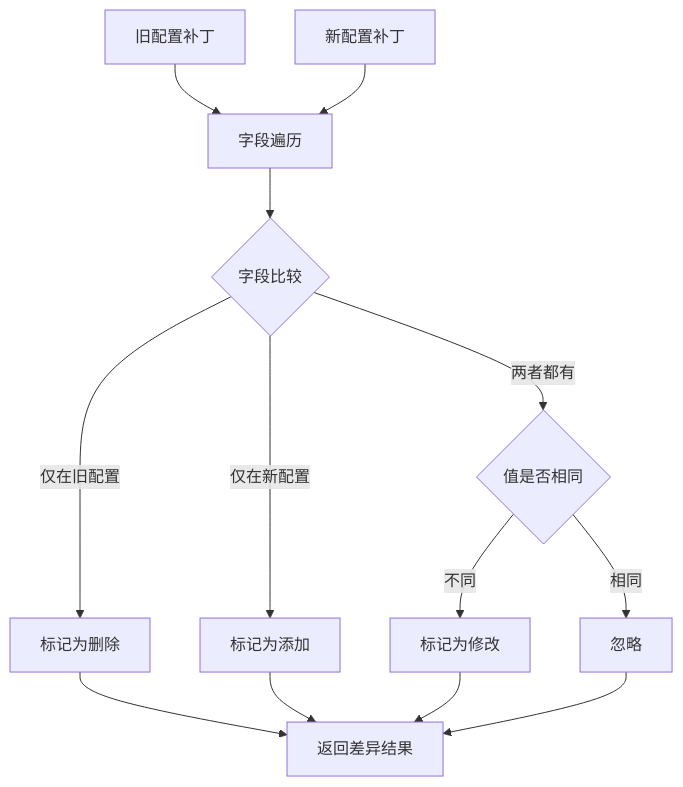
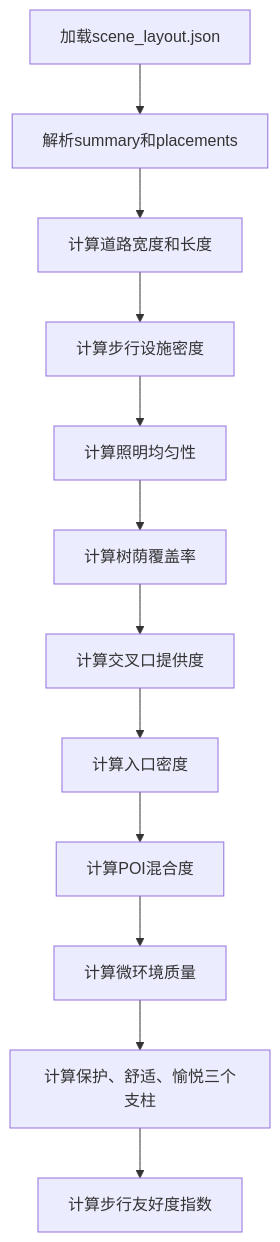
The seventh of 17 diagrams in .qoder/repowiki/zh/content/里程碑管道/自动场景生成流水线/自动场景生成流水线.md (wsqstar/RoadGen3D), drawn with Mermaid before and after one commit. The commit also changed other lines of this file and 12 other files, not shown here.

````diff
--- a/.qoder/repowiki/zh/content/里程碑管道/自动场景生成流水线/自动场景生成流水线.md
+++ b/.qoder/repowiki/zh/content/里程碑管道/自动场景生成流水线/自动场景生成流水线.md
@@ -302,15 +337,14 @@
 ```mermaid
 flowchart TD
-A[旧配置补丁] --> B[字段遍历]
-C[新配置补丁] --> B
-B --> D{字段比较}
-D --> |仅在旧配置| E[标记为删除]
-D --> |仅在新配置| F[标记为添加]
-D --> |两者都有| G{值是否相同}
-G --> |不同| H[标记为修改]
-G --> |相同| I[忽略]
-E --> J[返回差异结果]
-F --> J
-H --> J
-I --> J
+A[加载scene_layout.json] --> B[解析summary和placements]
+B --> C[计算道路宽度和长度]
+C --> D[计算步行设施密度]
+D --> E[计算照明均匀性]
+E --> F[计算树荫覆盖率]
+F --> G[计算交叉口提供度]
+G --> H[计算入口密度]
+H --> I[计算POI混合度]
+I --> J[计算微环境质量]
+J --> K[计算保护、舒适、愉悦三个支柱]
+K --> L[计算步行友好度指数]
 ```
````
